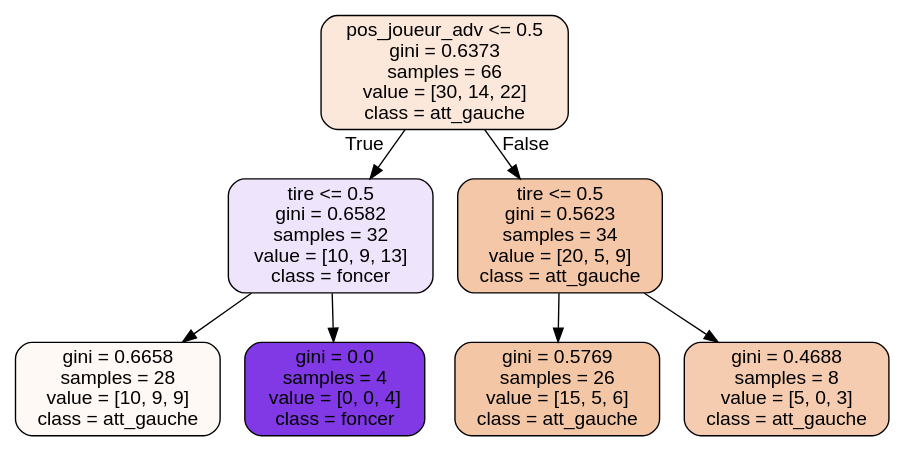
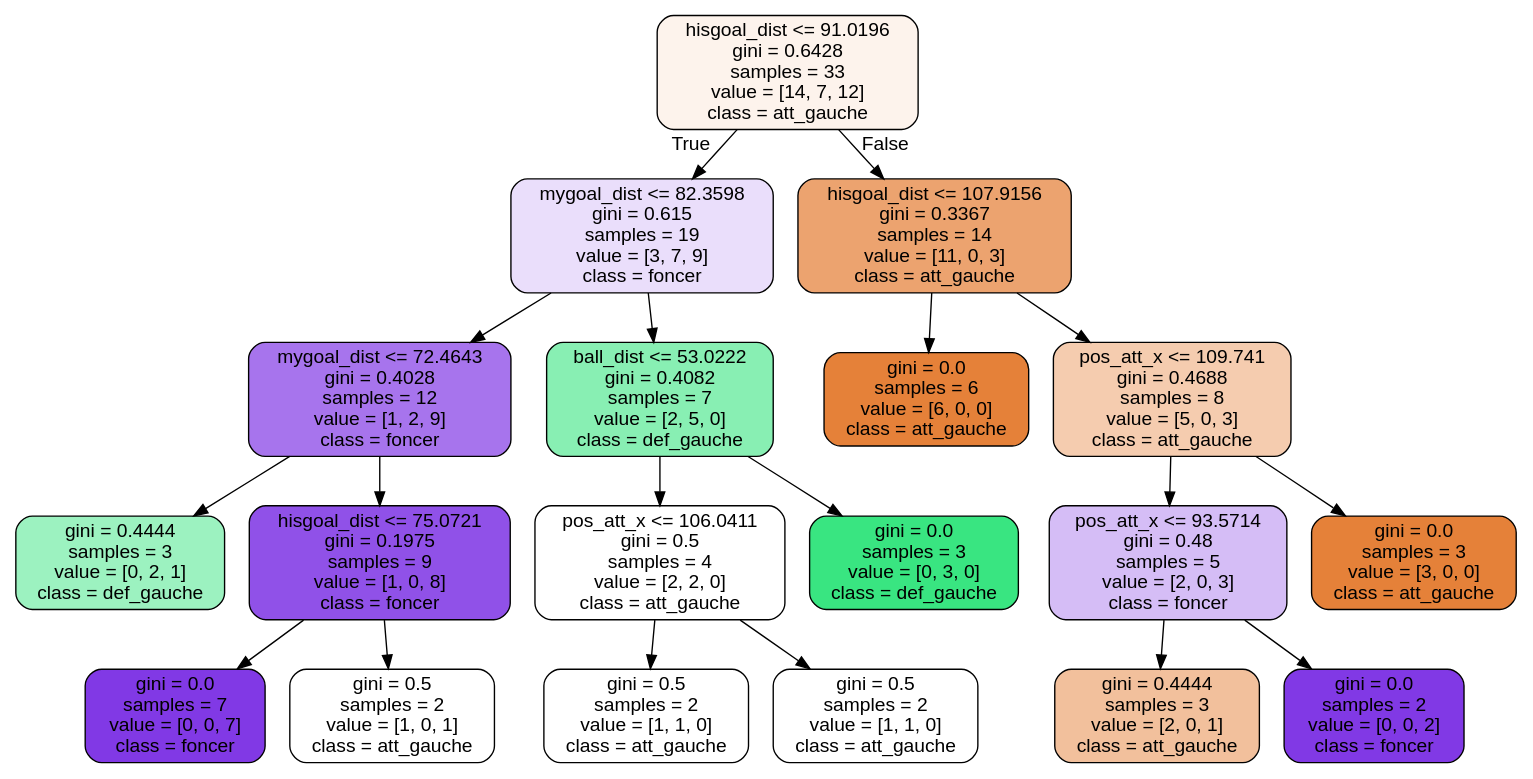
Before and after one commit to lounisAmazigh/Projet_SS: the diagram in fichier.dot, drawn with Graphviz. The commit also changed 21 other files, not shown here.

```diff
--- a/fichier.dot
+++ b/fichier.dot
@@ -1,17 +1,41 @@
 digraph Tree {
 node [shape=box, style="filled, rounded", color="black", fontname=helvetica] ;
 edge [fontname=helvetica] ;
-0 [label="pos_joueur_adv <= 0.5\ngini = 0.6373\nsamples = 66\nvalue = [30, 14, 22]\nclass = att_gauche", fillcolor="#e581392e"] ;
-1 [label="tire <= 0.5\ngini = 0.6582\nsamples = 32\nvalue = [10, 9, 13]\nclass = foncer", fillcolor="#8139e523"] ;
+0 [label="hisgoal_dist <= 91.0196\ngini = 0.6428\nsamples = 33\nvalue = [14, 7, 12]\nclass = att_gauche", fillcolor="#e5813918"] ;
+1 [label="mygoal_dist <= 82.3598\ngini = 0.615\nsamples = 19\nvalue = [3, 7, 9]\nclass = foncer", fillcolor="#8139e52a"] ;
 0 -> 1 [labeldistance=2.5, labelangle=45, headlabel="True"] ;
-2 [label="gini = 0.6658\nsamples = 28\nvalue = [10, 9, 9]\nclass = att_gauche", fillcolor="#e581390d"] ;
+2 [label="mygoal_dist <= 72.4643\ngini = 0.4028\nsamples = 12\nvalue = [1, 2, 9]\nclass = foncer", fillcolor="#8139e5b2"] ;
 1 -> 2 ;
-3 [label="gini = 0.0\nsamples = 4\nvalue = [0, 0, 4]\nclass = foncer", fillcolor="#8139e5ff"] ;
-1 -> 3 ;
-4 [label="tire <= 0.5\ngini = 0.5623\nsamples = 34\nvalue = [20, 5, 9]\nclass = att_gauche", fillcolor="#e5813970"] ;
-0 -> 4 [labeldistance=2.5, labelangle=-45, headlabel="False"] ;
-5 [label="gini = 0.5769\nsamples = 26\nvalue = [15, 5, 6]\nclass = att_gauche", fillcolor="#e5813973"] ;
+3 [label="gini = 0.4444\nsamples = 3\nvalue = [0, 2, 1]\nclass = def_gauche", fillcolor="#39e5817f"] ;
+2 -> 3 ;
+4 [label="hisgoal_dist <= 75.0721\ngini = 0.1975\nsamples = 9\nvalue = [1, 0, 8]\nclass = foncer", fillcolor="#8139e5df"] ;
+2 -> 4 ;
+5 [label="gini = 0.0\nsamples = 7\nvalue = [0, 0, 7]\nclass = foncer", fillcolor="#8139e5ff"] ;
 4 -> 5 ;
-6 [label="gini = 0.4688\nsamples = 8\nvalue = [5, 0, 3]\nclass = att_gauche", fillcolor="#e5813966"] ;
+6 [label="gini = 0.5\nsamples = 2\nvalue = [1, 0, 1]\nclass = att_gauche", fillcolor="#e5813900"] ;
 4 -> 6 ;
+7 [label="ball_dist <= 53.0222\ngini = 0.4082\nsamples = 7\nvalue = [2, 5, 0]\nclass = def_gauche", fillcolor="#39e58199"] ;
+1 -> 7 ;
+8 [label="pos_att_x <= 106.0411\ngini = 0.5\nsamples = 4\nvalue = [2, 2, 0]\nclass = att_gauche", fillcolor="#e5813900"] ;
+7 -> 8 ;
+9 [label="gini = 0.5\nsamples = 2\nvalue = [1, 1, 0]\nclass = att_gauche", fillcolor="#e5813900"] ;
+8 -> 9 ;
+10 [label="gini = 0.5\nsamples = 2\nvalue = [1, 1, 0]\nclass = att_gauche", fillcolor="#e5813900"] ;
+8 -> 10 ;
+11 [label="gini = 0.0\nsamples = 3\nvalue = [0, 3, 0]\nclass = def_gauche", fillcolor="#39e581ff"] ;
+7 -> 11 ;
+12 [label="hisgoal_dist <= 107.9156\ngini = 0.3367\nsamples = 14\nvalue = [11, 0, 3]\nclass = att_gauche", fillcolor="#e58139b9"] ;
+0 -> 12 [labeldistance=2.5, labelangle=-45, headlabel="False"] ;
+13 [label="gini = 0.0\nsamples = 6\nvalue = [6, 0, 0]\nclass = att_gauche", fillcolor="#e58139ff"] ;
+12 -> 13 ;
+14 [label="pos_att_x <= 109.741\ngini = 0.4688\nsamples = 8\nvalue = [5, 0, 3]\nclass = att_gauche", fillcolor="#e5813966"] ;
+12 -> 14 ;
+15 [label="pos_att_x <= 93.5714\ngini = 0.48\nsamples = 5\nvalue = [2, 0, 3]\nclass = foncer", fillcolor="#8139e555"] ;
+14 -> 15 ;
+16 [label="gini = 0.4444\nsamples = 3\nvalue = [2, 0, 1]\nclass = att_gauche", fillcolor="#e581397f"] ;
+15 -> 16 ;
+17 [label="gini = 0.0\nsamples = 2\nvalue = [0, 0, 2]\nclass = foncer", fillcolor="#8139e5ff"] ;
+15 -> 17 ;
+18 [label="gini = 0.0\nsamples = 3\nvalue = [3, 0, 0]\nclass = att_gauche", fillcolor="#e58139ff"] ;
+14 -> 18 ;
 }
```
